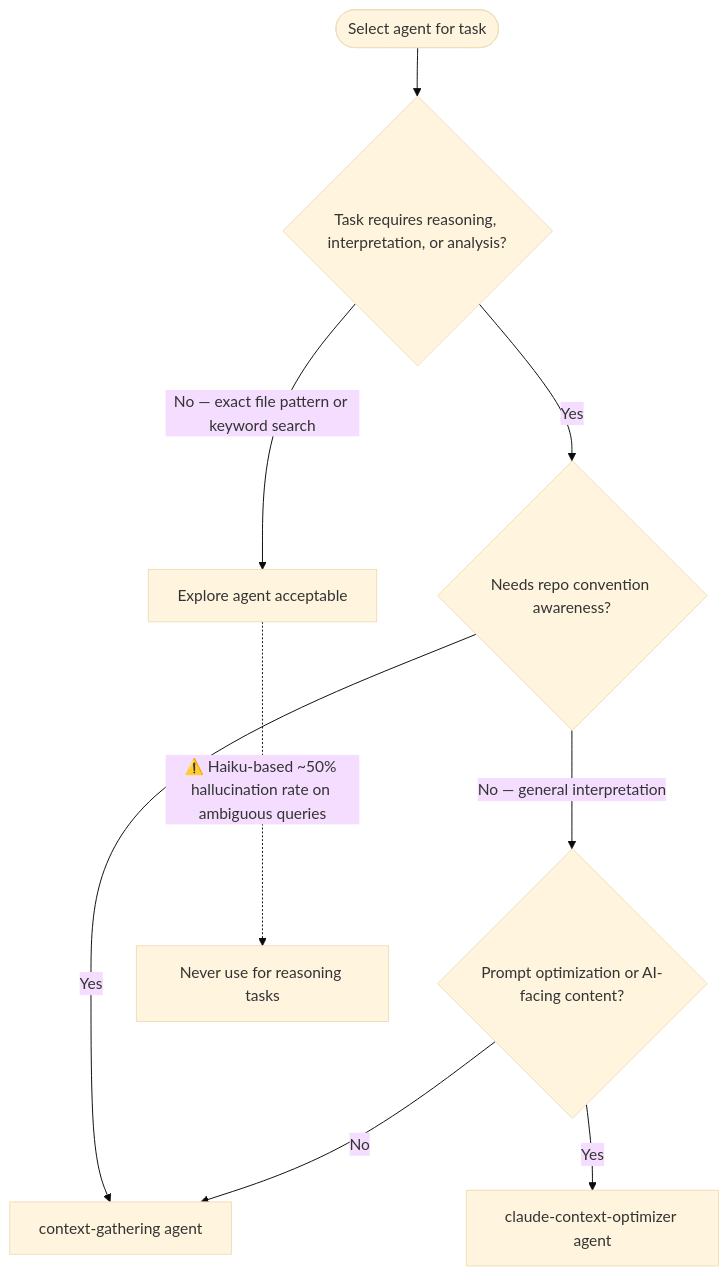
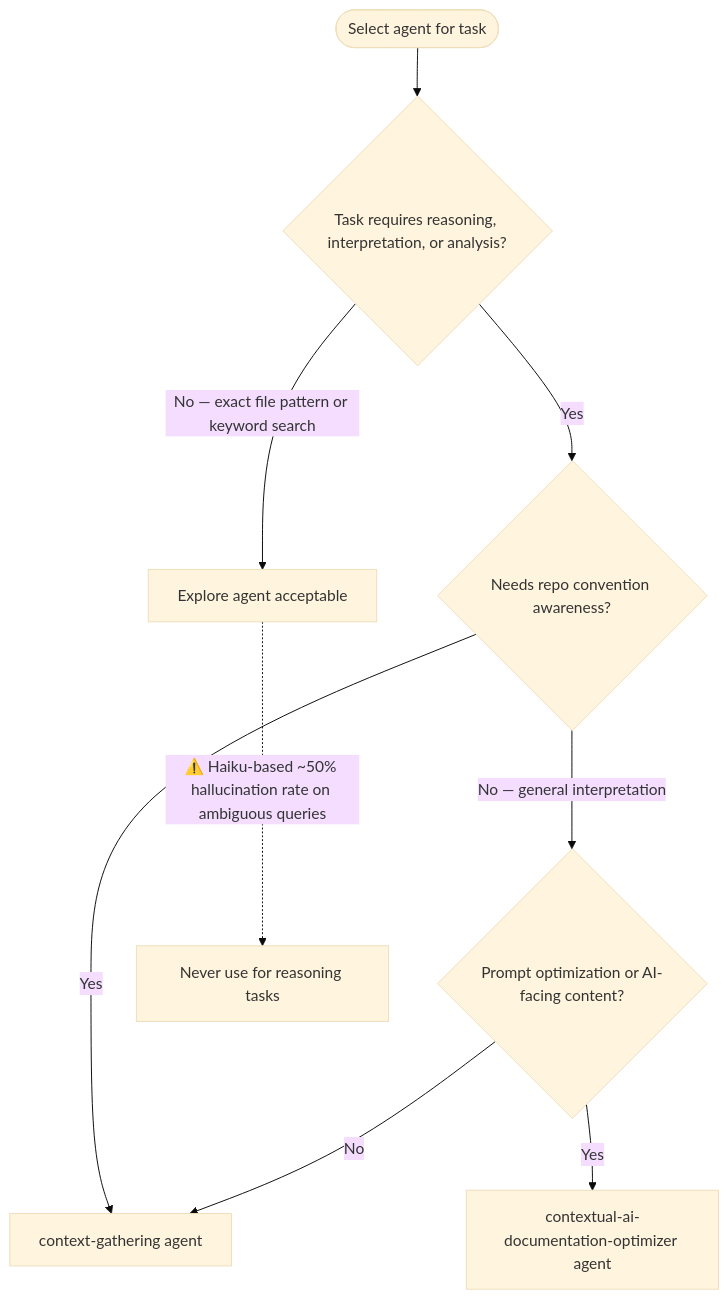
Before and after one commit to chgreer1070/claude_skills: the second of 5 diagrams in .claude/CLAUDE.md, drawn with Mermaid (base theme). The commit also changed 21 other files, not shown here.

First line of the commit message:
refactor(plugin-creator): rename and optimize context optimizer agent

````diff
--- a/.claude/CLAUDE.md
+++ b/.claude/CLAUDE.md
@@ -68,11 +68,11 @@
 ```mermaid
 flowchart TD
     Start([Select agent for task]) --> Q1{Task requires reasoning, interpretation, or analysis?}
     Q1 -->|No — exact file pattern or keyword search| Explore[Explore agent acceptable]
     Q1 -->|Yes| Q2{Needs repo convention awareness?}
     Q2 -->|Yes| CG[context-gathering agent]
     Q2 -->|No — general interpretation| Q3{Prompt optimization or AI-facing content?}
-    Q3 -->|Yes| CCO[claude-context-optimizer agent]
+    Q3 -->|Yes| CCO[contextual-ai-documentation-optimizer agent]
     Q3 -->|No| CG
     Explore -.->|⚠️ Haiku-based ~50% hallucination rate on ambiguous queries| Warning[Never use for reasoning tasks]
 ```
````
